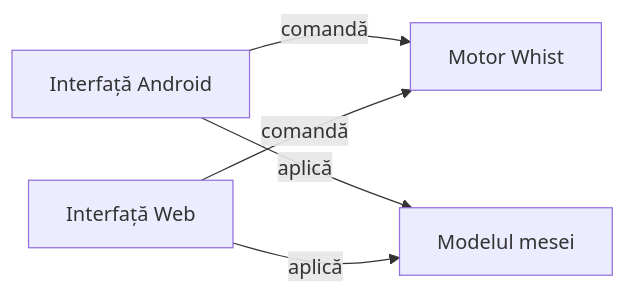
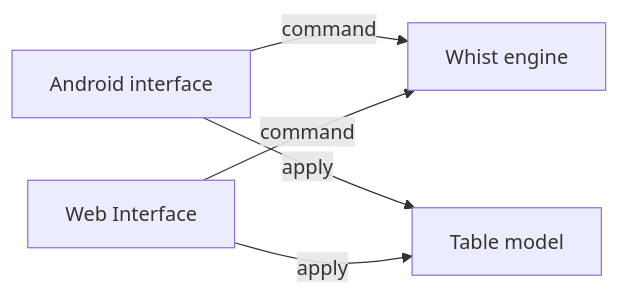
Before and after one commit to crististefanita/atf_j4: the first of 3 diagrams in atf-ui-browser/README.md, drawn with Mermaid. The commit also changed other lines of this file and 122 other files, not shown here.

````diff
--- a/atf-ui-browser/README.md
+++ b/atf-ui-browser/README.md
@@ -13,11 +13,11 @@
 ```mermaid
 flowchart LR
-    Android[Interfață Android]
-    Web[Interfață Web]
-    Engine[Motor Whist]
-    Table[Modelul mesei]
-    Android -->|comandă| Engine
-    Web -->|comandă| Engine
-    Android -->|aplică| Table
-    Web -->|aplică| Table
+    Android[Android interface]
+    Web[Web Interface]
+    Engine[Whist engine]
+    Table[Table model]
+    Android -->|command| Engine
+    Web -->|command| Engine
+    Android -->|apply| Table
+    Web -->|apply| Table
 ```
````
